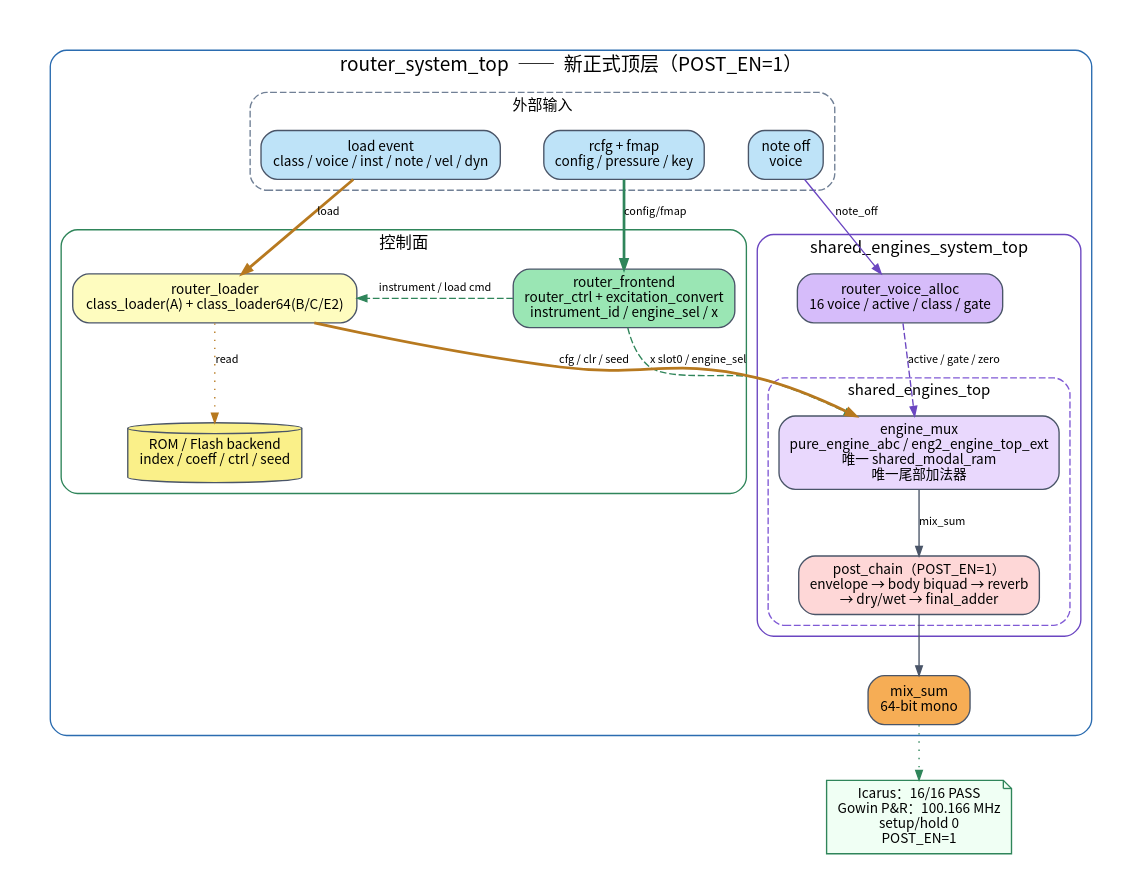
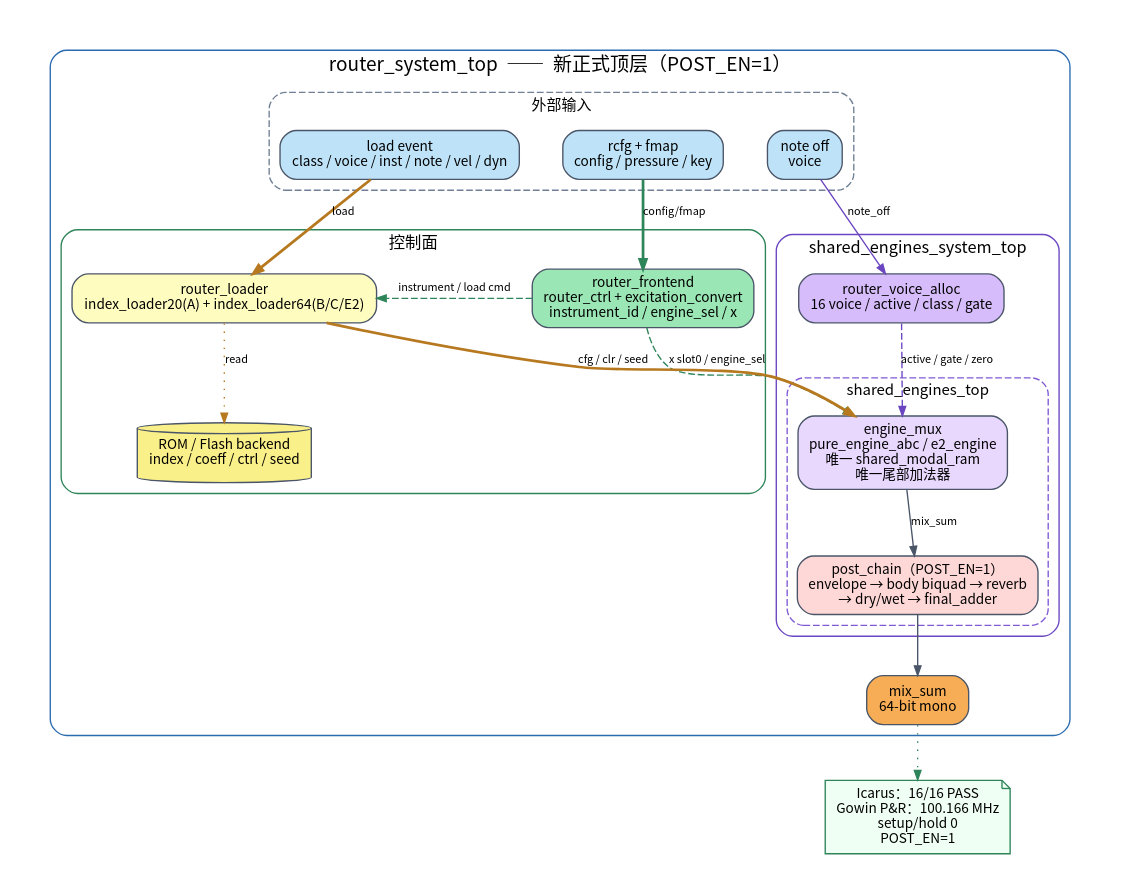
The diagram in docs/diagrams/architecture_overview.dot (rubbishbro/FPGA_IDC_2026), drawn with Graphviz before and after one commit. The commit also changed 45 other files, not shown here.

```diff
--- a/docs/diagrams/architecture_overview.dot
+++ b/docs/diagrams/architecture_overview.dot
@@ -1,69 +1,69 @@
 // -----------------------------------------------------------------------------
 // 文件: architecture_overview.dot
 // 用途: 新架构总览图（router_system_top 正式顶层）
 // 状态: POST_EN=1；Icarus 16/16；Gowin 100.166MHz，setup/hold 0
 // 生成: dot -Tsvg architecture_overview.dot -o architecture_overview.svg
 //       dot -Tpng -Gdpi=180 architecture_overview.dot -o architecture_overview.png
 // -----------------------------------------------------------------------------
 digraph architecture_overview {
     graph [
         fontname="Noto Sans CJK TC", fontsize=18,
         rankdir=TB, compound=true, newrank=true,
         nodesep=0.45, ranksep=0.55, bgcolor="white", pad=0.30
     ];
     node [shape=box, style="rounded,filled", fontname="Noto Sans CJK TC",
           fontsize=10, margin="0.12,0.07", color="#4a5568", fillcolor="#edf2f7"];
     edge [fontname="Noto Sans CJK TC", fontsize=8, color="#4a5568", arrowsize=0.7];
 
     subgraph cluster_top {
         label="router_system_top  ——  新正式顶层（POST_EN=1）";
         fontsize=14; color="#2b6cb0"; style="rounded"; fillcolor="#ebf8ff";
 
         subgraph cluster_in {
             label="外部输入";
             fontsize=11; color="#718096"; style="rounded,dashed"; fillcolor="#f7fafc";
             load [label="load event\nclass / voice / inst / note / vel / dyn", fillcolor="#bee3f8"];
             cfg [label="rcfg + fmap\nconfig / pressure / key", fillcolor="#bee3f8"];
             off [label="note off\nvoice", fillcolor="#bee3f8"];
             { rank=same; load; cfg; off; }
         }
 
         subgraph cluster_ctrl {
             label="控制面";
             fontsize=12; color="#2f855a"; style="rounded"; fillcolor="#f0fff4";
             rf [label="router_frontend\nrouter_ctrl + excitation_convert\ninstrument_id / engine_sel / x", fillcolor="#9ae6b4"];
-            rl [label="router_loader\nclass_loader(A) + class_loader64(B/C/E2)", fillcolor="#fefcbf"];
+            rl [label="router_loader\nindex_loader20(A) + index_loader64(B/C/E2)", fillcolor="#fefcbf"];
             rom [label="ROM / Flash backend\nindex / coeff / ctrl / seed", shape=cylinder, fillcolor="#faf089"];
             { rank=same; rf; rl; }
             rl -> rom [label="read", style=dotted, color="#b7791f"];
         }
 
         subgraph cluster_sys {
             label="shared_engines_system_top";
             fontsize=12; color="#6b46c1"; style="rounded"; fillcolor="#faf5ff";
             va [label="router_voice_alloc\n16 voice / active / class / gate", fillcolor="#d6bcfa"];
 
             subgraph cluster_core {
                 label="shared_engines_top";
                 fontsize=11; color="#805ad5"; style="rounded,dashed"; fillcolor="#faf5ff";
-                mux [label="engine_mux\npure_engine_abc / eng2_engine_top_ext\n唯一 shared_modal_ram\n唯一尾部加法器", fillcolor="#e9d8fd"];
+                mux [label="engine_mux\npure_engine_abc / e2_engine\n唯一 shared_modal_ram\n唯一尾部加法器", fillcolor="#e9d8fd"];
                 post [label="post_chain（POST_EN=1）\nenvelope → body biquad → reverb\n→ dry/wet → final_adder", fillcolor="#fed7d7"];
                 mux -> post [label="mix_sum"];
             }
             va -> mux [label="active / gate / zero", color="#6b46c1", style=dashed];
         }
 
         out [label="mix_sum\n64-bit mono", fillcolor="#f6ad55"];
     }
 
     note [shape=note, label="Icarus：16/16 PASS\nGowin P&R：100.166 MHz\nsetup/hold 0\nPOST_EN=1", fillcolor="#f0fff4", color="#2f855a"];
 
     load -> rl [label="load", color="#b7791f", style=bold];
     cfg -> rf [label="config/fmap", color="#2f855a", style=bold];
     off -> va [label="note_off", color="#6b46c1"];
     rf -> rl [label="instrument / load cmd", color="#2f855a", style=dashed];
     rf -> mux [label="x slot0 / engine_sel", color="#2f855a", style=dashed];
     rl -> mux [label="cfg / clr / seed", color="#b7791f", style=bold];
     post -> out;
     out -> note [style=dotted, color="#2f855a"];
 }
```
